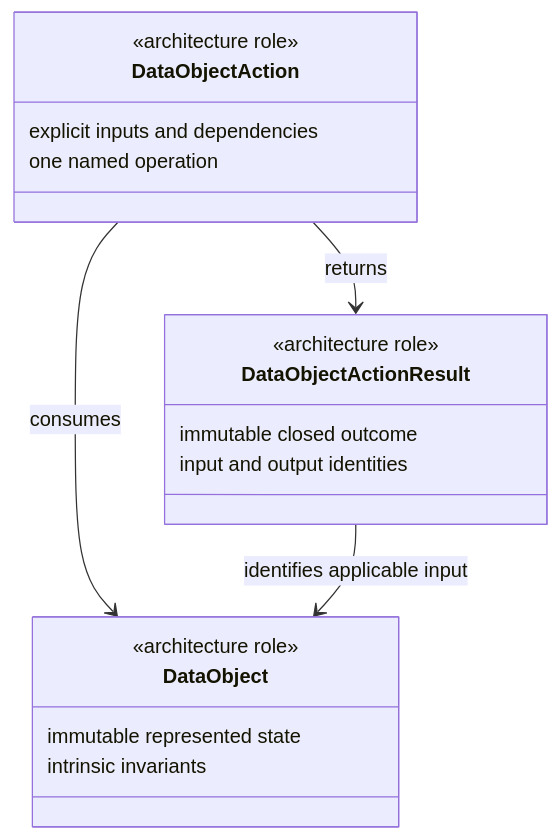
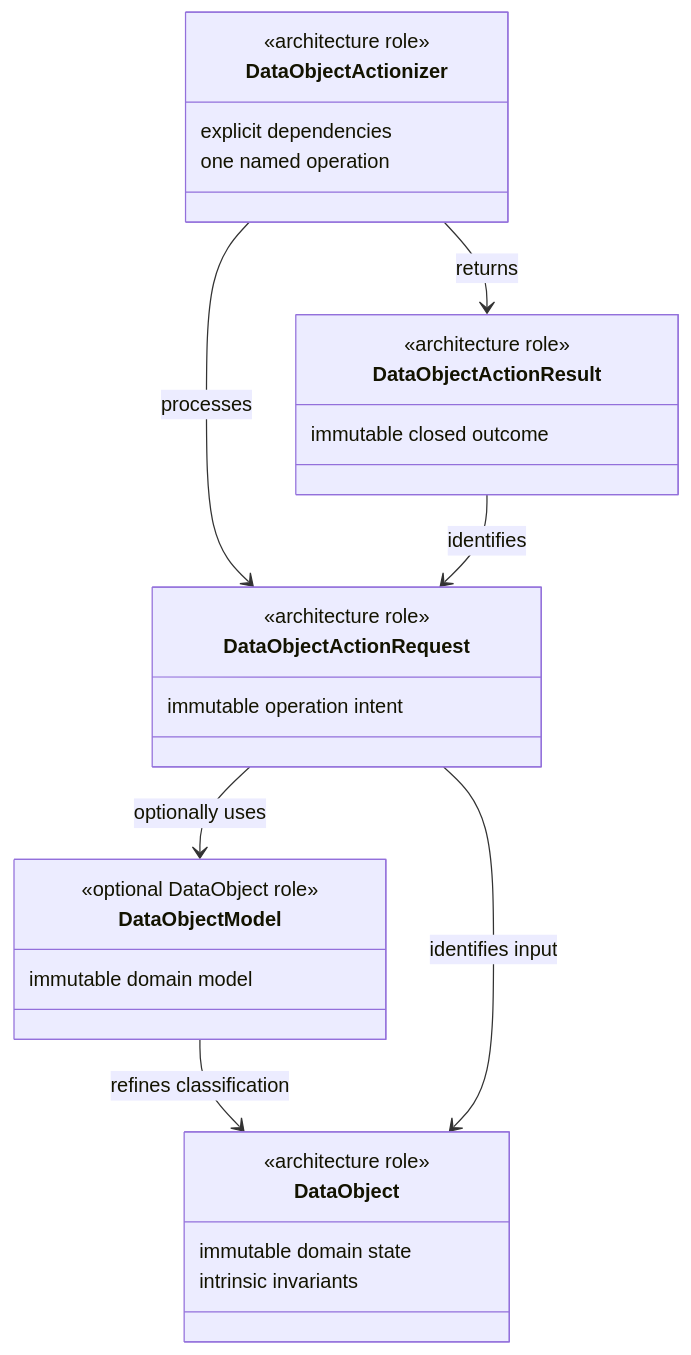
Before and after one commit to eragasa/projectkoios: the diagram in docs/policies/code/python.md, drawn with Mermaid. The commit also changed other lines of this file and 10 other files, not shown here.

Commit message:
docs: define data object actionizer taxonomy

````diff
--- a/docs/policies/code/python.md
+++ b/docs/policies/code/python.md
@@ -51,22 +53,32 @@
 ```mermaid
 classDiagram
     class DataObject {
         <<architecture role>>
-        immutable represented state
+        immutable domain state
         intrinsic invariants
     }
-    class DataObjectAction {
+    class DataObjectModel {
+        <<optional DataObject role>>
+        immutable domain model
+    }
+    class DataObjectActionRequest {
         <<architecture role>>
-        explicit inputs and dependencies
+        immutable operation intent
+    }
+    class DataObjectActionizer {
+        <<architecture role>>
+        explicit dependencies
         one named operation
     }
     class DataObjectActionResult {
         <<architecture role>>
         immutable closed outcome
-        input and output identities
     }
 
-    DataObjectAction --> DataObject : consumes
-    DataObjectAction --> DataObjectActionResult : returns
-    DataObjectActionResult --> DataObject : identifies applicable input
+    DataObjectModel --> DataObject : refines classification
+    DataObjectActionRequest --> DataObject : identifies input
+    DataObjectActionRequest --> DataObjectModel : optionally uses
+    DataObjectActionizer --> DataObjectActionRequest : processes
+    DataObjectActionizer --> DataObjectActionResult : returns
+    DataObjectActionResult --> DataObjectActionRequest : identifies
 ```
````
